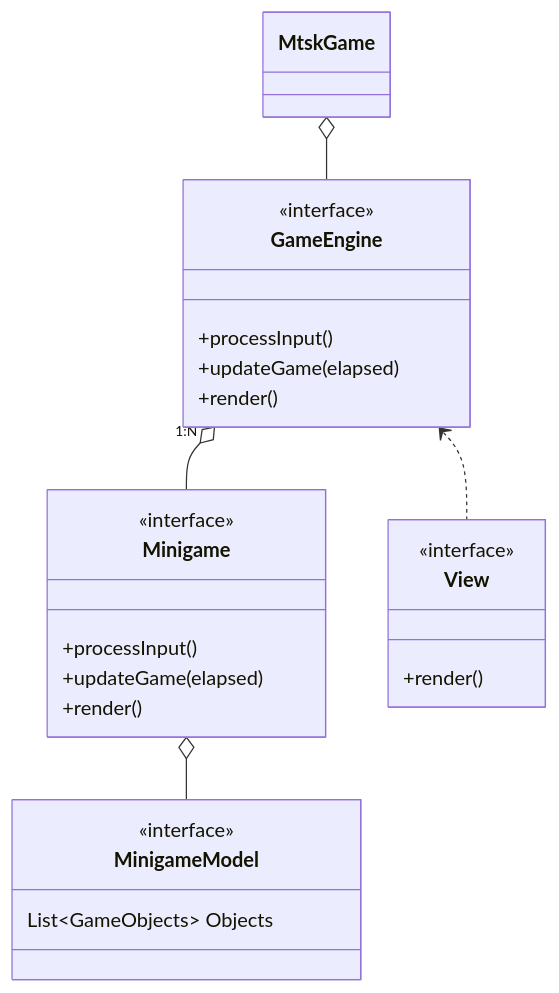
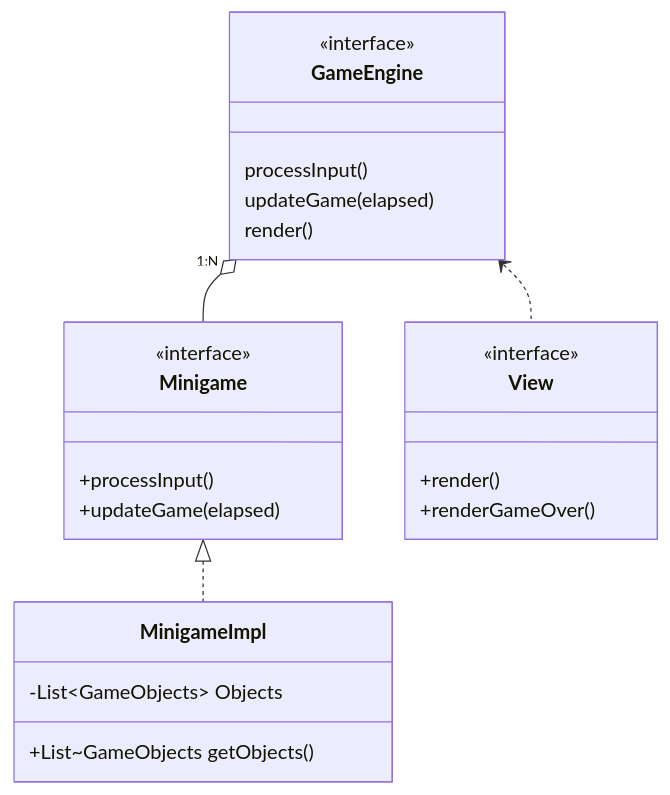
The diagram in documentation/diagrams/architecture.md (leo-tasso/OOP22-mtsk-game), drawn with Mermaid before and after one commit. The commit also changed 6 other files, not shown here.

```diff
--- a/documentation/diagrams/architecture.md
+++ b/documentation/diagrams/architecture.md
@@ -1,30 +1,27 @@
 ::: mermaid
 classDiagram
-    MtskGame o-- GameEngine
     GameEngine "1:N" o-- Minigame
-    Minigame o-- MinigameModel
+    Minigame <|.. MinigameImpl
     GameEngine <.. View
-    class MtskGame{
-    }
     class GameEngine{
     <<interface>>
-        +processInput()
-        +updateGame(elapsed)
-        +render()
+        processInput()
+        updateGame(elapsed)
+        render()
     }
     class View{
     <<interface>>
     +render()
+    +renderGameOver()
     }
     
     class Minigame {
     <<interface>>
     +processInput()
     +updateGame(elapsed)
-    +render()
     }
-    class MinigameModel {
-    <<interface>>
-    List~GameObjects~ Objects
+    class MinigameImpl {
+    -List~GameObjects~ Objects
+    +List~GameObjects getObjects()
     }
 :::
```
